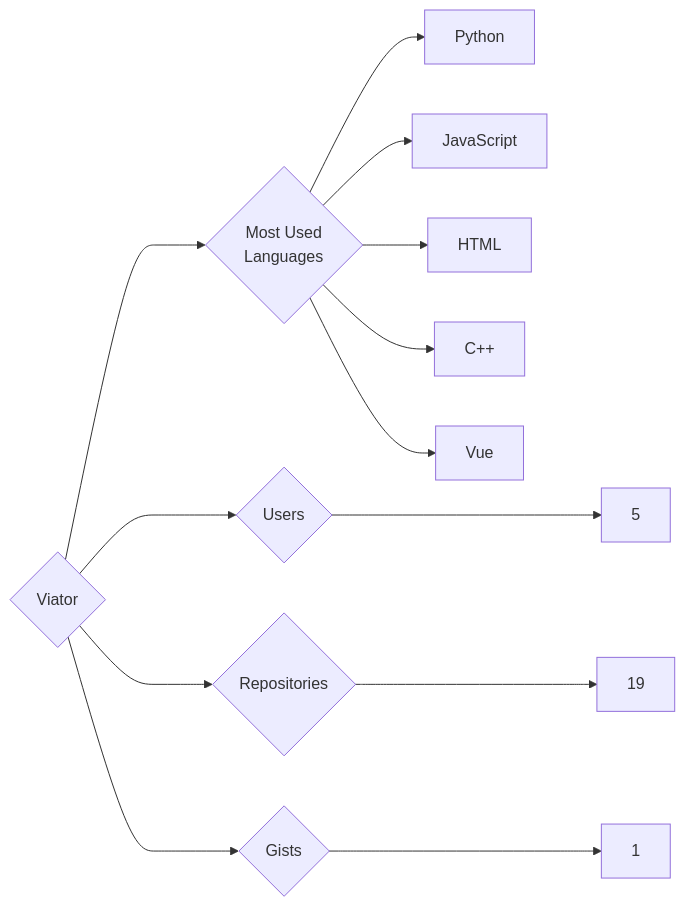
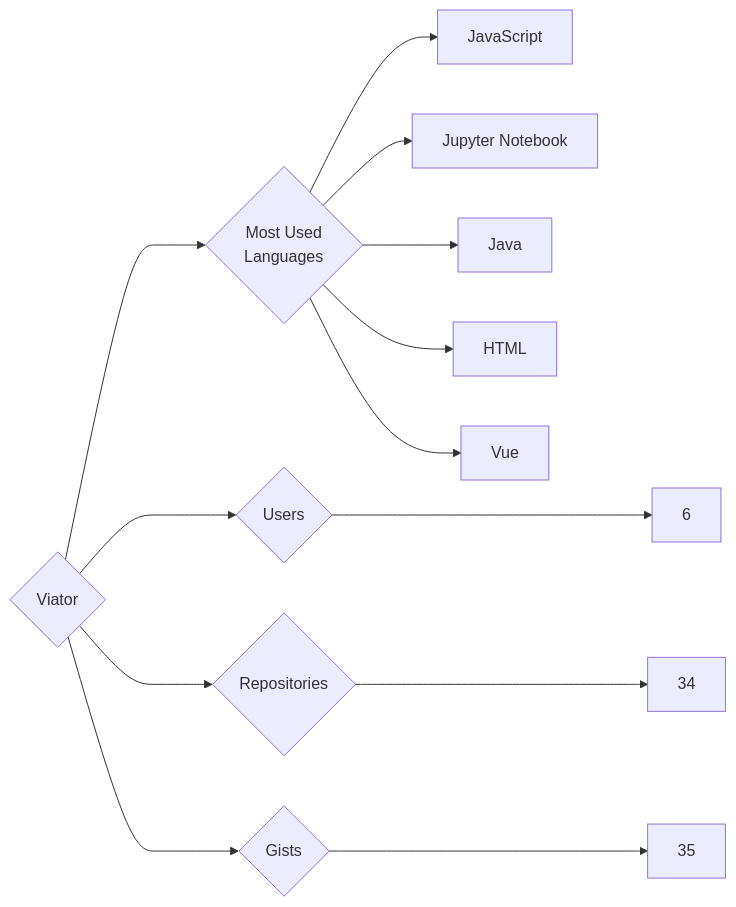
One commit to trickest/insiders changed the diagram in targets/Viator/README.md. Above: the diagram before and after it, drawn with Mermaid. The commit also changed 898 other files, not shown here.

````diff
--- a/targets/Viator/README.md
+++ b/targets/Viator/README.md
@@ -3,13 +3,13 @@
 ```mermaid
 graph LR
 COMPANY_NAME{Viator}
-COMPANY_NAME ---> U{Users} ---> UN[5]
-COMPANY_NAME ---> R{Repositories} ---> RN[19]
-COMPANY_NAME ---> G{Gists} ---> GN[1]
+COMPANY_NAME ---> U{Users} ---> UN[6]
+COMPANY_NAME ---> R{Repositories} ---> RN[34]
+COMPANY_NAME ---> G{Gists} ---> GN[35]
 COMPANY_NAME ---> ML{Most Used<br>Languages}
-ML --> Python[Python]
 ML --> JavaScript[JavaScript]
+ML --> Jupyter_Notebook[Jupyter Notebook]
+ML --> Java[Java]
 ML --> HTML[HTML]
-ML --> C++[C++]
 ML --> Vue[Vue]
 ```
````
